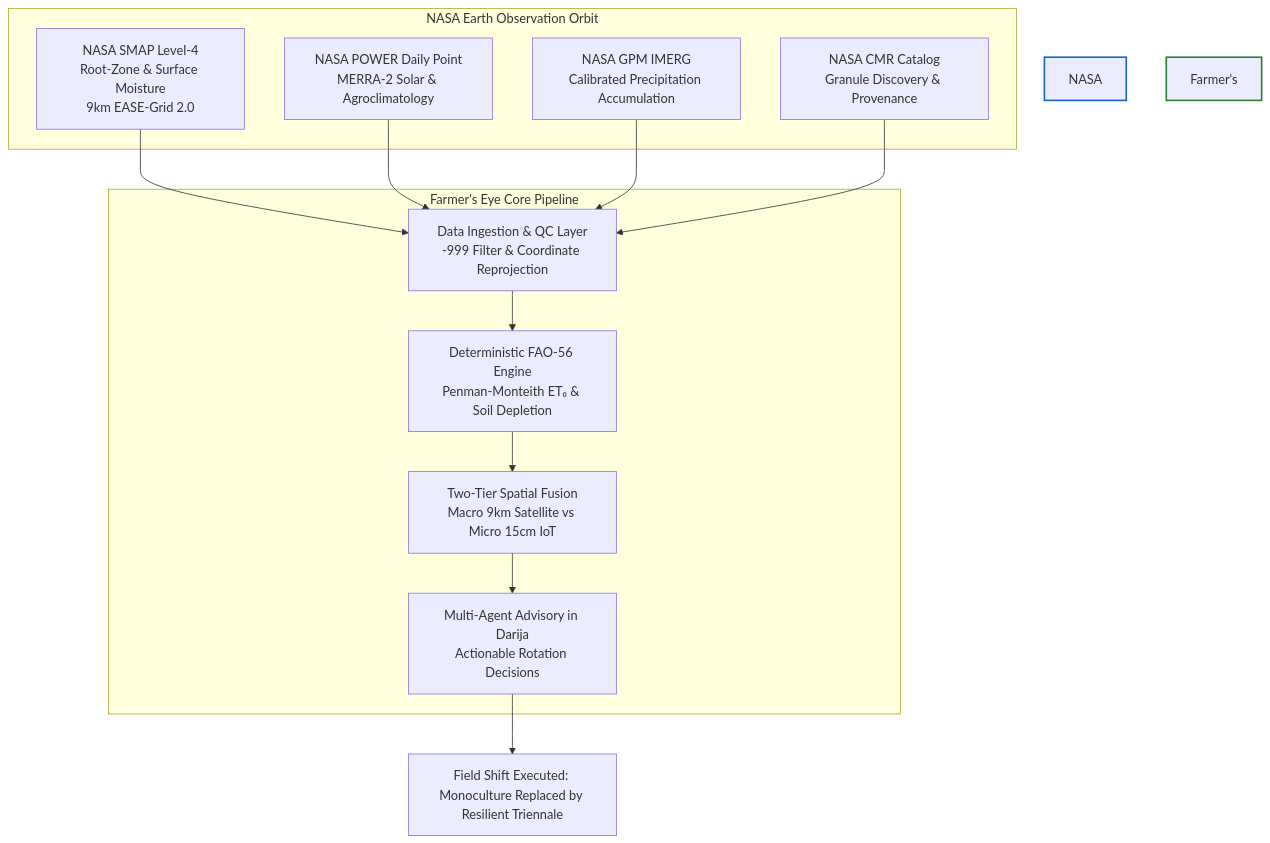
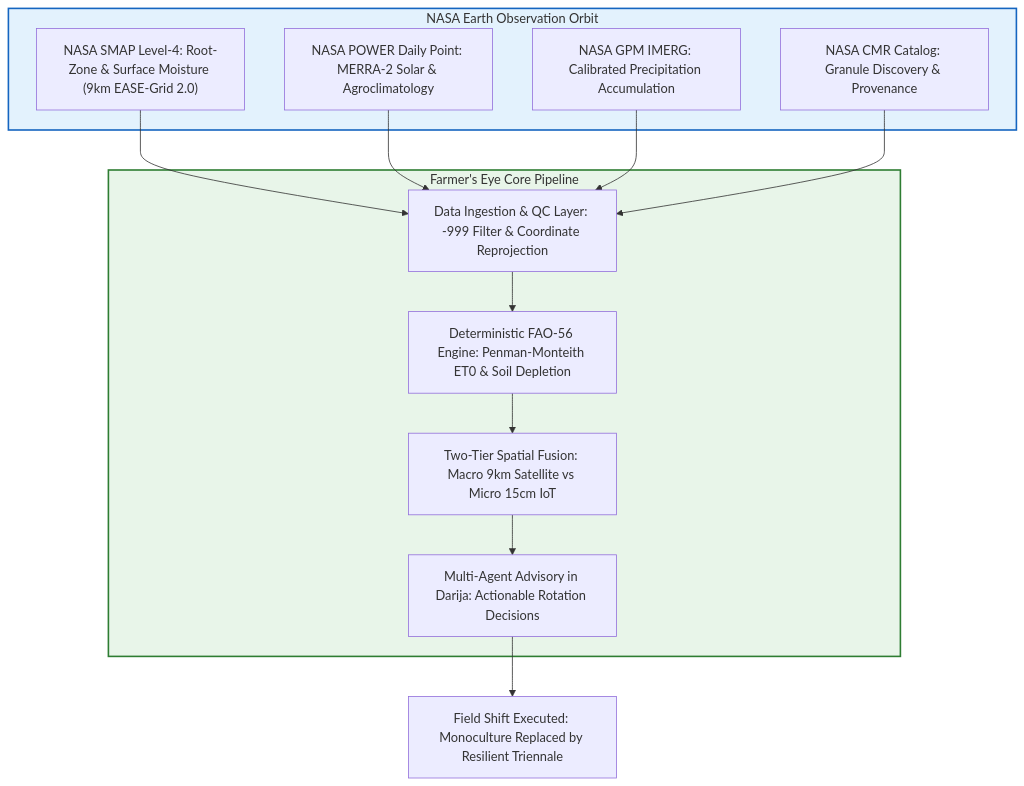
The first of 2 diagrams in docs/RELEVANCE.md (zoubaax/Nasa-space-apps), drawn with Mermaid before and after one commit. The commit also changed other lines of this file and 6 other files, not shown here.

Commit message:
refactor: quote mermaid node labels and fix subgraph identifiers in documentation

````diff
--- a/docs/RELEVANCE.md
+++ b/docs/RELEVANCE.md
@@ -16,25 +16,25 @@
 ```mermaid
 flowchart TD
-    subgraph NASA Earth Observation Orbit
-        SMAP[NASA SMAP Level-4\nRoot-Zone & Surface Moisture\n9km EASE-Grid 2.0]
-        POWER[NASA POWER Daily Point\nMERRA-2 Solar & Agroclimatology]
-        GPM[NASA GPM IMERG\nCalibrated Precipitation Accumulation]
-        CMR[NASA CMR Catalog\nGranule Discovery & Provenance]
+    subgraph NASAOrbit["NASA Earth Observation Orbit"]
+        SMAP["NASA SMAP Level-4: Root-Zone & Surface Moisture (9km EASE-Grid 2.0)"]
+        POWER["NASA POWER Daily Point: MERRA-2 Solar & Agroclimatology"]
+        GPM["NASA GPM IMERG: Calibrated Precipitation Accumulation"]
+        CMR["NASA CMR Catalog: Granule Discovery & Provenance"]
     end
 
-    subgraph Farmer's Eye Core Pipeline
-        Ingest[Data Ingestion & QC Layer\n-999 Filter & Coordinate Reprojection]
-        Physics[Deterministic FAO-56 Engine\nPenman-Monteith ET₀ & Soil Depletion]
-        Fusion[Two-Tier Spatial Fusion\nMacro 9km Satellite vs Micro 15cm IoT]
-        Tribunal[Multi-Agent Advisory in Darija\nActionable Rotation Decisions]
+    subgraph CorePipeline["Farmer's Eye Core Pipeline"]
+        Ingest["Data Ingestion & QC Layer: -999 Filter & Coordinate Reprojection"]
+        Physics["Deterministic FAO-56 Engine: Penman-Monteith ET0 & Soil Depletion"]
+        Fusion["Two-Tier Spatial Fusion: Macro 9km Satellite vs Micro 15cm IoT"]
+        Tribunal["Multi-Agent Advisory in Darija: Actionable Rotation Decisions"]
     end
 
     SMAP & POWER & GPM & CMR --> Ingest
     Ingest --> Physics
     Physics --> Fusion
     Fusion --> Tribunal
-    Tribunal --> Action[Field Shift Executed: Monoculture Replaced by Resilient Triennale]
+    Tribunal --> Action["Field Shift Executed: Monoculture Replaced by Resilient Triennale"]
 
-    style NASA Earth Observation Orbit fill:#e3f2fd,stroke:#1565c0,stroke-width:2px
-    style Farmer's Eye Core Pipeline fill:#e8f5e9,stroke:#2e7d32,stroke-width:2px
+    style NASAOrbit fill:#e3f2fd,stroke:#1565c0,stroke-width:2px
+    style CorePipeline fill:#e8f5e9,stroke:#2e7d32,stroke-width:2px
 ```
````
